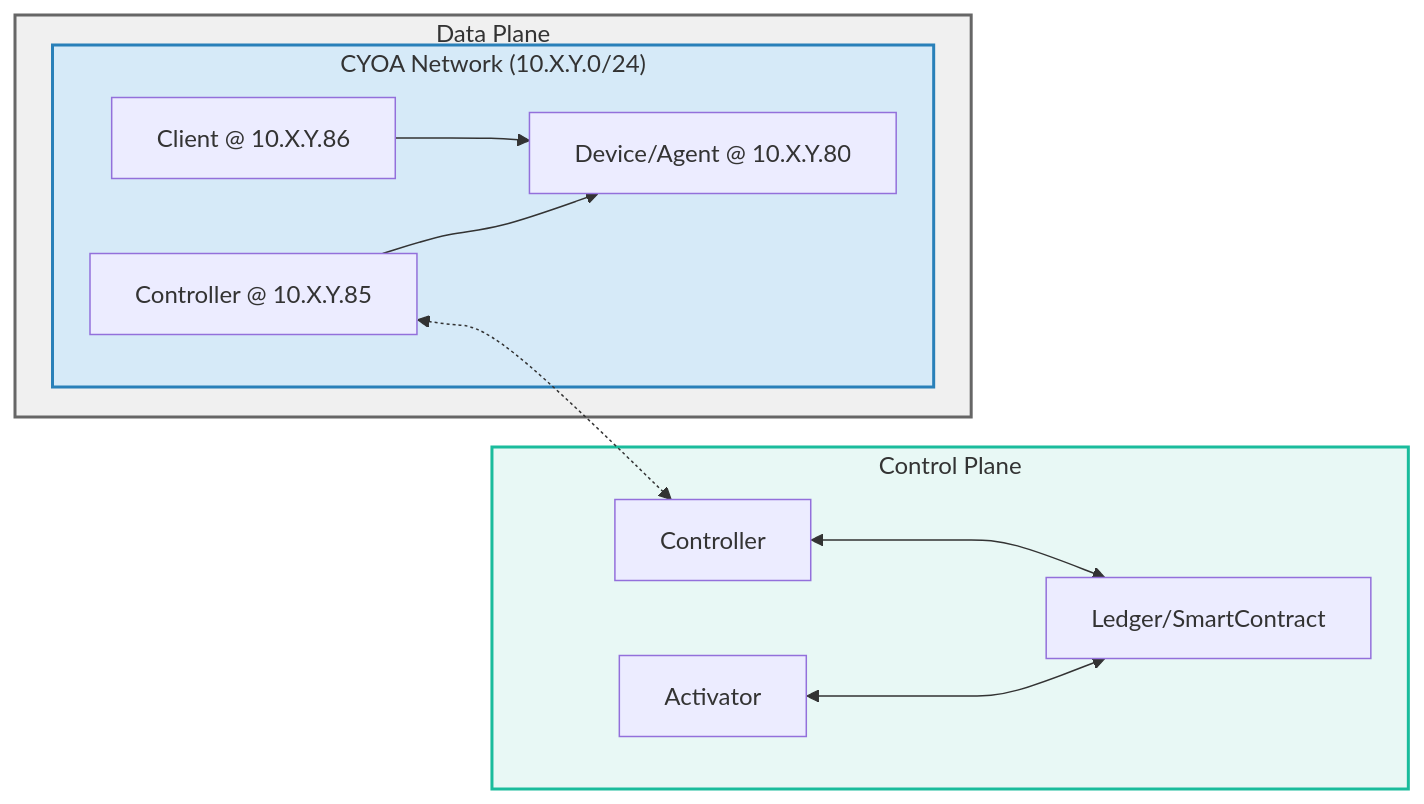
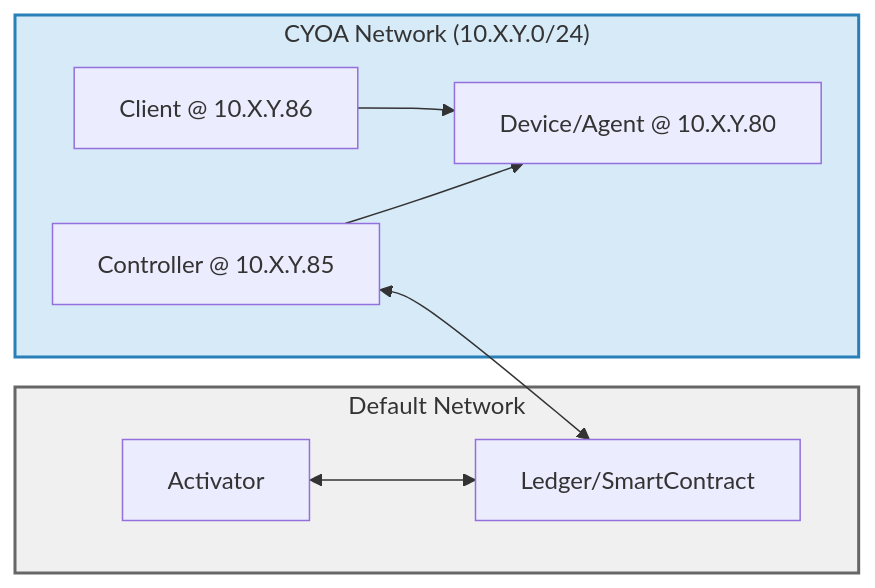
Before and after one commit to malbeclabs/doublezero: the diagram in e2e/README.md, drawn with Mermaid.

Commit message:
e2e: update readme

````diff
--- a/e2e/README.md
+++ b/e2e/README.md
@@ -26,26 +26,21 @@
 ```mermaid
 graph LR
-  subgraph Control_Plane["Control Plane"]
+  subgraph Default_Net["Default Network"]
     Ledger["Ledger/SmartContract"]
     Activator["Activator"]
-    Controller["Controller"]
   end
 
-  subgraph Data_Plane["Data Plane"]
-    subgraph CYOA_Net["CYOA Network (10.X.Y.0/24)"]
+  subgraph CYOA_Net["CYOA Network (10.X.Y.0/24)"]
     Device["Device/Agent @ 10.X.Y.80"]
     Client["Client @ 10.X.Y.86"]
-    ControllerCYOA["Controller @ 10.X.Y.85"]
-    end
+    Controller["Controller @ 10.X.Y.85"]
   end
 
   Controller <--> Ledger
   Activator <--> Ledger
   Client --> Device
-  ControllerCYOA --> Device
-  ControllerCYOA <-.-> Controller
+  Controller --> Device
 
-  style Control_Plane fill:#e8f8f5,stroke:#1abc9c,stroke-width:2px
-  style Data_Plane fill:#f0f0f0,stroke:#666,stroke-width:2px
+  style Default_Net fill:#f0f0f0,stroke:#666,stroke-width:2px
   style CYOA_Net    fill:#d6eaf8,stroke:#2980b9,stroke-width:2px
 ```
````
